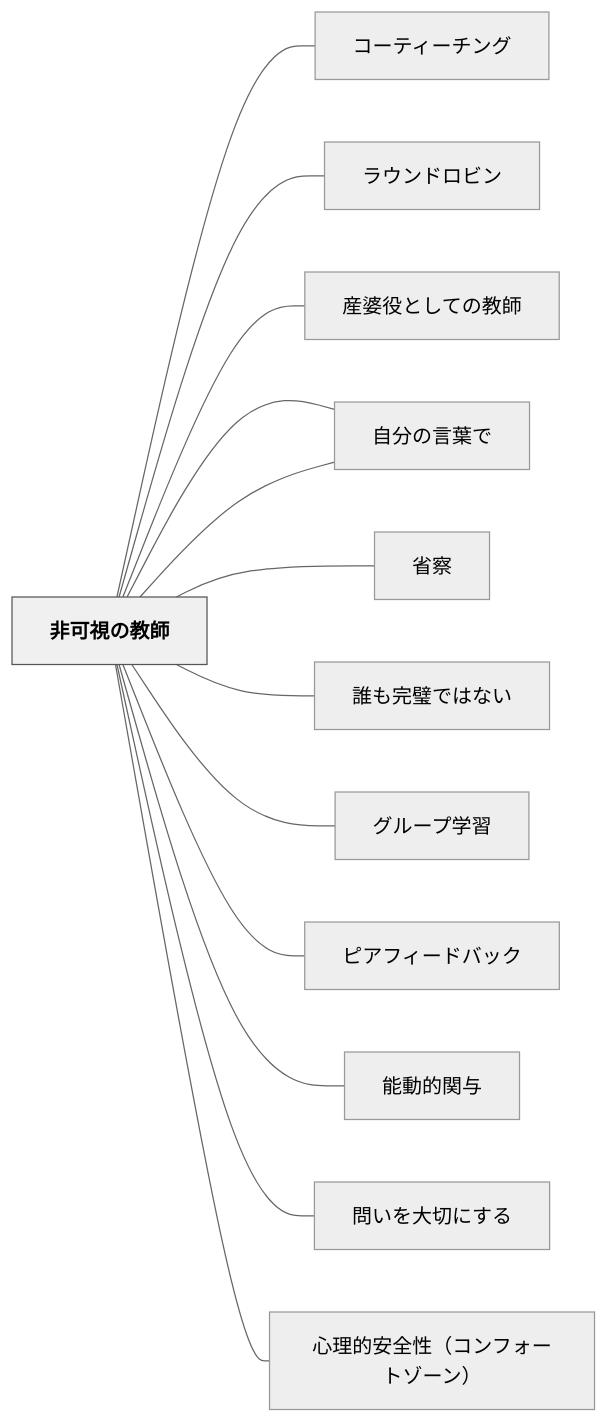
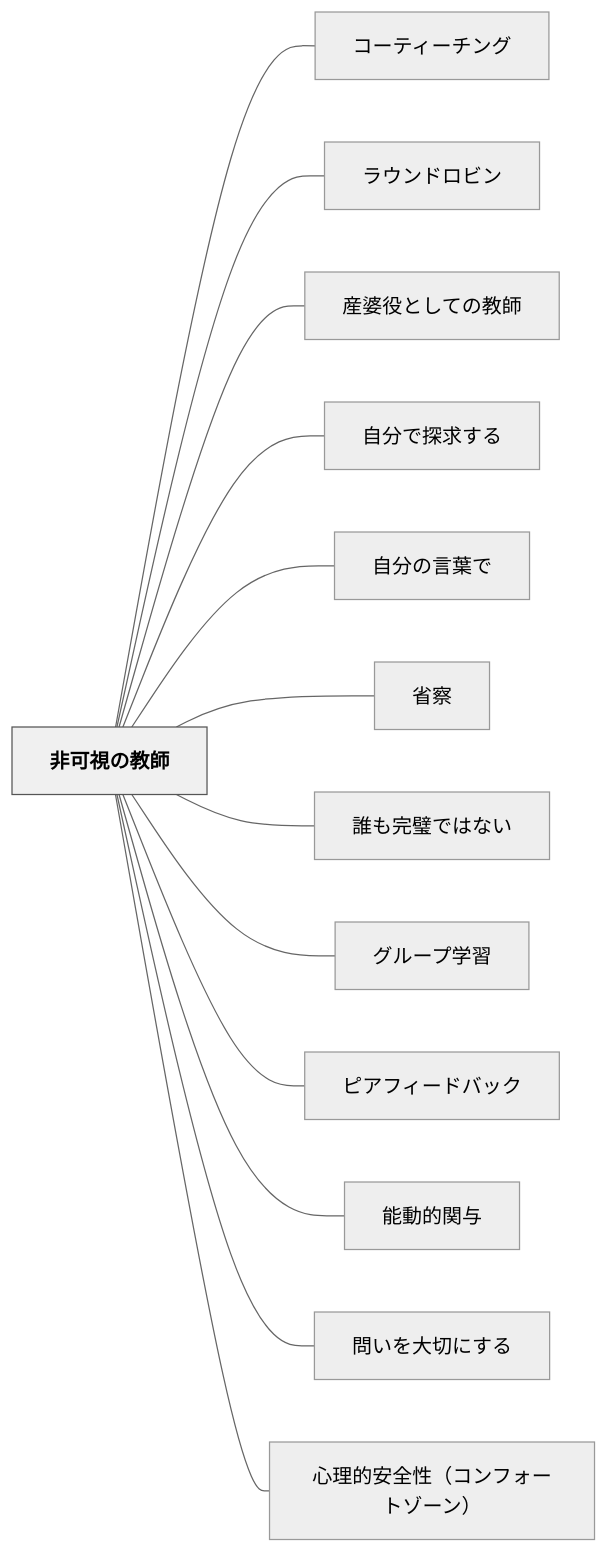
One commit to unknownthings-ed-patterns/unknownthings-ed-patterns changed the diagram in content/パタン/非可視の教師.md. Above: the diagram before and after it, drawn with Mermaid (neutral theme). The commit also changed 527 other files, not shown here.

````diff
--- a/content/パタン/非可視の教師.md
+++ b/content/パタン/非可視の教師.md
@@ -99,32 +99,32 @@
 ```mermaid
 flowchart LR
-    ne99d9ee58faf["非可視の教師"]
-    ne382b3e383bc["コーティーチング"]
-    ne383a9e382a6["ラウンドロビン"]
-    ne794a3e5a986["産婆役としての教師"]
-    ne887aae58886["自分で探求する"]
-    ne887aae58886["自分の言葉で"]
+    ne99d9ee58fafe8a696e381aee69599e5b8ab["非可視の教師"]
+    ne382b3e383bce38386e382a3e383bce38381e383b3e382b0["コーティーチング"]
+    ne383a9e382a6e383b3e38389e383ade38393e383b3["ラウンドロビン"]
+    ne794a3e5a986e5bdb9e381a8e38197e381a6e381aee69599e5b8ab["産婆役としての教師"]
+    ne887aae58886e381a7e68ea2e6b182e38199e3828b["自分で探求する"]
+    ne887aae58886e381aee8a880e89189e381a7["自分の言葉で"]
     ne79c81e5af9f["省察"]
-    ne8aab0e38282["誰も完璧ではない"]
-    ne382b0e383ab["グループ学習"]
-    ne38394e382a2["ピアフィードバック"]
-    ne883bde58b95["能動的関与"]
-    ne5958fe38184["問いを大切にする"]
-    ne5bf83e79086["心理的安全性（コンフォートゾーン）"]
+    ne8aab0e38282e5ae8ce792a7e381a7e381afe381aae38184["誰も完璧ではない"]
+    ne382b0e383abe383bce38397e5ada6e7bf92["グループ学習"]
+    ne38394e382a2e38395e382a3e383bce38389e38390e38383e382af["ピアフィードバック"]
+    ne883bde58b95e79a84e996a2e4b88e["能動的関与"]
+    ne5958fe38184e38292e5a4a7e58887e381abe38199e3828b["問いを大切にする"]
+    ne5bf83e79086e79a84e5ae89e585a8e680a7efbc88e382b3e383b3e38395e382a9e383bce38388e382bee383bce383b3efbc89["心理的安全性（コンフォートゾーン）"]
 
-    ne99d9ee58faf --- ne382b3e383bc
-    ne99d9ee58faf --- ne383a9e382a6
-    ne99d9ee58faf --- ne794a3e5a986
-    ne99d9ee58faf --- ne887aae58886
-    ne99d9ee58faf --- ne887aae58886
-    ne99d9ee58faf --- ne79c81e5af9f
-    ne99d9ee58faf --- ne8aab0e38282
-    ne99d9ee58faf --- ne382b0e383ab
-    ne99d9ee58faf --- ne38394e382a2
-    ne99d9ee58faf --- ne883bde58b95
-    ne99d9ee58faf --- ne5958fe38184
-    ne99d9ee58faf --- ne5bf83e79086
+    ne99d9ee58fafe8a696e381aee69599e5b8ab --- ne382b3e383bce38386e382a3e383bce38381e383b3e382b0
+    ne99d9ee58fafe8a696e381aee69599e5b8ab --- ne383a9e382a6e383b3e38389e383ade38393e383b3
+    ne99d9ee58fafe8a696e381aee69599e5b8ab --- ne794a3e5a986e5bdb9e381a8e38197e381a6e381aee69599e5b8ab
+    ne99d9ee58fafe8a696e381aee69599e5b8ab --- ne887aae58886e381a7e68ea2e6b182e38199e3828b
+    ne99d9ee58fafe8a696e381aee69599e5b8ab --- ne887aae58886e381aee8a880e89189e381a7
+    ne99d9ee58fafe8a696e381aee69599e5b8ab --- ne79c81e5af9f
+    ne99d9ee58fafe8a696e381aee69599e5b8ab --- ne8aab0e38282e5ae8ce792a7e381a7e381afe381aae38184
+    ne99d9ee58fafe8a696e381aee69599e5b8ab --- ne382b0e383abe383bce38397e5ada6e7bf92
+    ne99d9ee58fafe8a696e381aee69599e5b8ab --- ne38394e382a2e38395e382a3e383bce38389e38390e38383e382af
+    ne99d9ee58fafe8a696e381aee69599e5b8ab --- ne883bde58b95e79a84e996a2e4b88e
+    ne99d9ee58fafe8a696e381aee69599e5b8ab --- ne5958fe38184e38292e5a4a7e58887e381abe38199e3828b
+    ne99d9ee58fafe8a696e381aee69599e5b8ab --- ne5bf83e79086e79a84e5ae89e585a8e680a7efbc88e382b3e383b3e38395e382a9e383bce38388e382bee383bce383b3efbc89
 
     classDef hub fill:#f0f0f0,stroke:#555,color:#000,font-weight:bold
-    class ne99d9ee58faf hub
+    class ne99d9ee58fafe8a696e381aee69599e5b8ab hub
 ```
````
